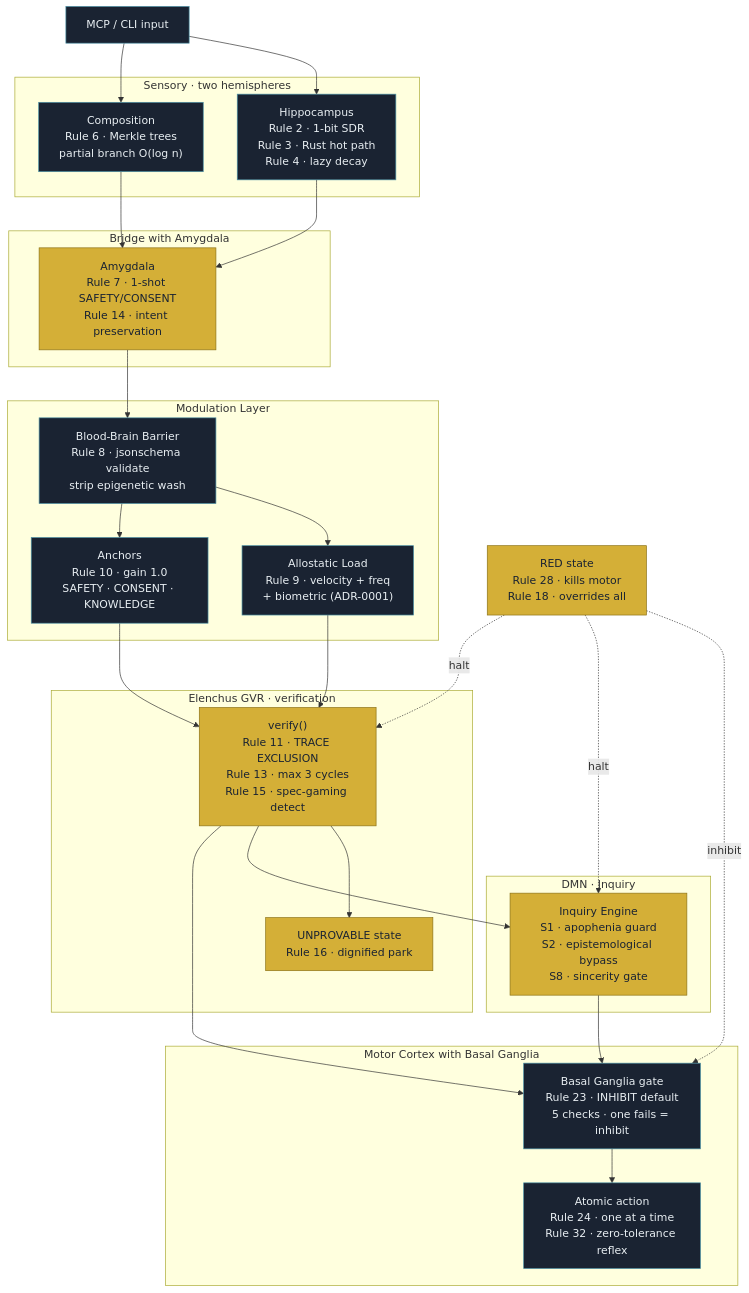
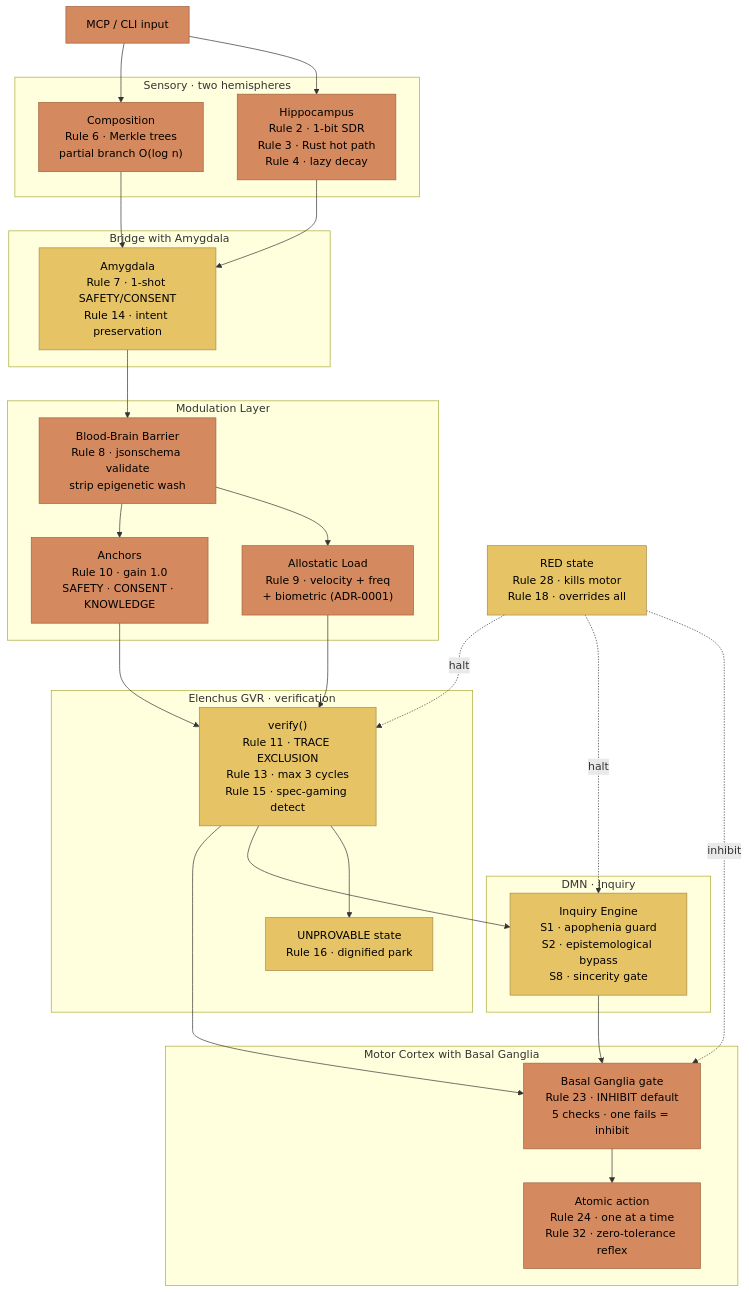
One commit to JosephOIbrahim/Harlo changed the fifth of 11 diagrams in README.md. Above: the diagram before and after it, drawn with Mermaid. The commit also changed other lines of this file, not shown here.

First line of the commit message:
style(readme): unify mermaid diagrams to a 2-color muted orange/yellow scheme with black text

````diff
--- a/README.md
+++ b/README.md
@@ -321,56 +321,56 @@
 ```mermaid
 flowchart TB
     INPUT["MCP / CLI input"]:::substrate
 
     subgraph SENSORY["Sensory · two hemispheres"]
         HIPP["Hippocampus<br/>Rule 2 · 1-bit SDR<br/>Rule 3 · Rust hot path<br/>Rule 4 · lazy decay"]:::substrate
         COMP["Composition<br/>Rule 6 · Merkle trees<br/>partial branch O(log n)"]:::substrate
     end
 
     subgraph BRIDGE["Bridge with Amygdala"]
         AMYG["Amygdala<br/>Rule 7 · 1-shot SAFETY/CONSENT<br/>Rule 14 · intent preservation"]:::runtime
     end
 
     subgraph MOD["Modulation Layer"]
         BBB["Blood-Brain Barrier<br/>Rule 8 · jsonschema validate<br/>strip epigenetic wash"]:::substrate
         ALLO["Allostatic Load<br/>Rule 9 · velocity + freq<br/>+ biometric (ADR-0001)"]:::substrate
         ANCH["Anchors<br/>Rule 10 · gain 1.0<br/>SAFETY · CONSENT · KNOWLEDGE"]:::substrate
     end
 
     subgraph ELENCHUS["Elenchus GVR · verification"]
         VER["verify()<br/>Rule 11 · TRACE EXCLUSION<br/>Rule 13 · max 3 cycles<br/>Rule 15 · spec-gaming detect"]:::runtime
         UNPROV["UNPROVABLE state<br/>Rule 16 · dignified park"]:::runtime
     end
 
     subgraph DMN["DMN · Inquiry"]
         INQ["Inquiry Engine<br/>S1 · apophenia guard<br/>S2 · epistemological bypass<br/>S8 · sincerity gate"]:::runtime
     end
 
     subgraph MOTOR["Motor Cortex with Basal Ganglia"]
         BG["Basal Ganglia gate<br/>Rule 23 · INHIBIT default<br/>5 checks · one fails = inhibit"]:::substrate
         ACT["Atomic action<br/>Rule 24 · one at a time<br/>Rule 32 · zero-tolerance reflex"]:::substrate
     end
 
     RED["RED state<br/>Rule 28 · kills motor<br/>Rule 18 · overrides all"]:::runtime
 
     INPUT --> HIPP
     INPUT --> COMP
     HIPP --> AMYG
     COMP --> AMYG
     AMYG --> BBB
     BBB --> ALLO
     BBB --> ANCH
     ALLO --> VER
     ANCH --> VER
     VER --> UNPROV
     VER --> INQ
     INQ --> BG
     VER --> BG
     BG --> ACT
     RED -.->|"inhibit"| BG
     RED -.->|"halt"| INQ
     RED -.->|"halt"| VER
 
-    classDef substrate fill:#1a2332,stroke:#4a90a4,color:#e8eef2
-    classDef runtime fill:#d4af37,stroke:#8b7115,color:#1a2332
+    classDef substrate fill:#d4895e,stroke:#a0623d,color:#000000
+    classDef runtime fill:#e6c466,stroke:#a8884a,color:#000000
 ```
````
